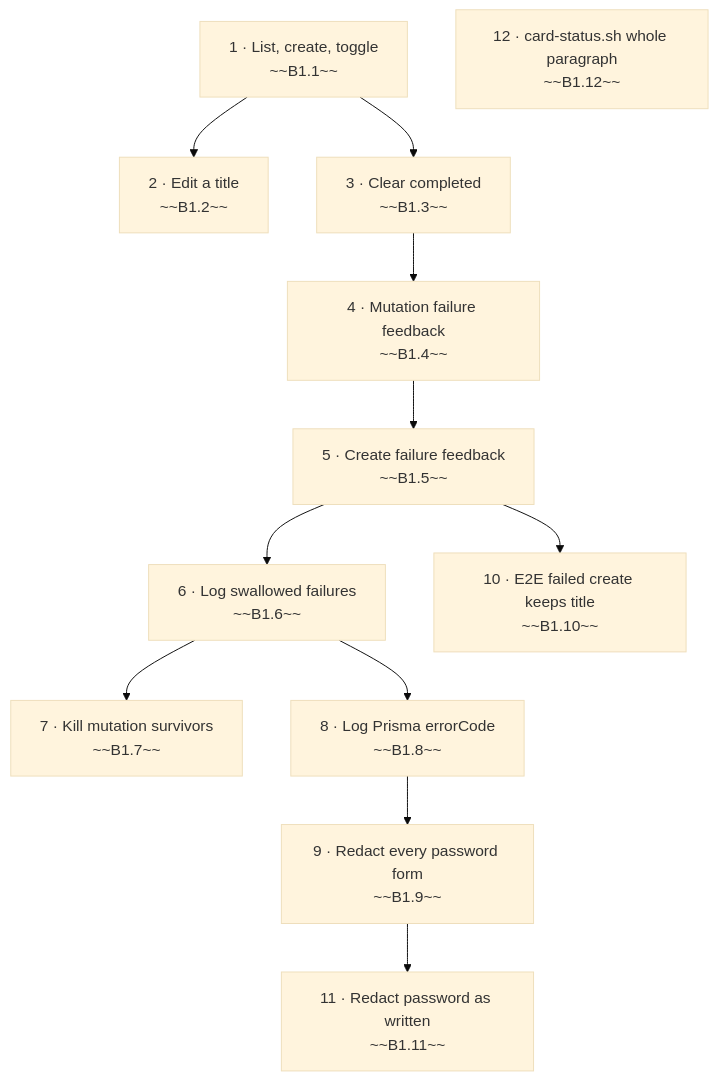
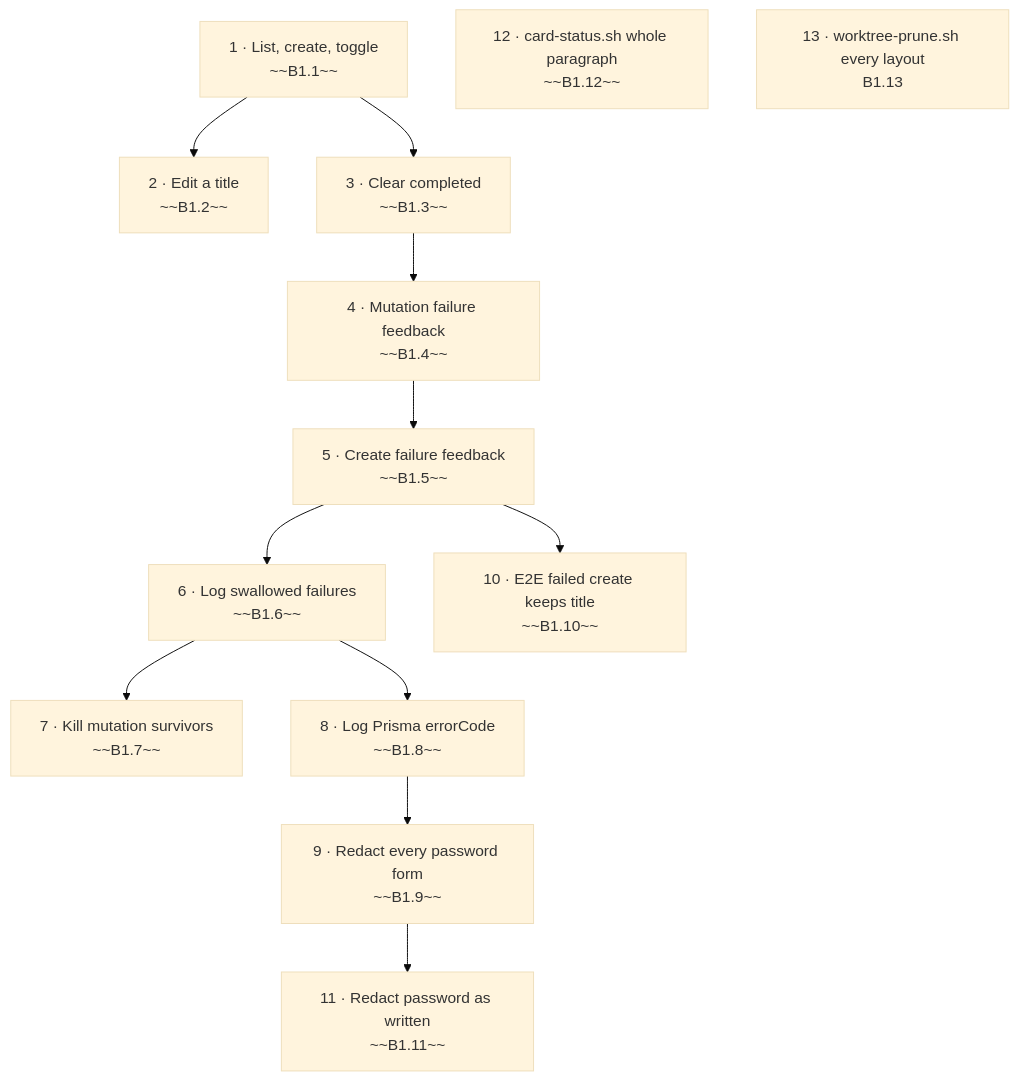
The diagram in backlog/README.md (st-minhho2/level-up-lab), drawn with Mermaid (base theme) before and after one commit. The commit also changed other lines of this file and 1 other file, not shown here.

First line of the commit message:
docs(backlog): card B1.13 worktree-prune.sh drops every worktree's schema

````diff
--- a/backlog/README.md
+++ b/backlog/README.md
@@ -15,25 +15,26 @@
 ```mermaid
 flowchart TD
   S1["1 · List, create, toggle<br/>~~B1.1~~"]
   S2["2 · Edit a title<br/>~~B1.2~~"]
   S3["3 · Clear completed<br/>~~B1.3~~"]
   S1 --> S2
   S4["4 · Mutation failure feedback<br/>~~B1.4~~"]
   S1 --> S3
   S3 --> S4
   S5["5 · Create failure feedback<br/>~~B1.5~~"]
   S4 --> S5
   S6["6 · Log swallowed failures<br/>~~B1.6~~"]
   S5 --> S6
   S7["7 · Kill mutation survivors<br/>~~B1.7~~"]
   S6 --> S7
   S8["8 · Log Prisma errorCode<br/>~~B1.8~~"]
   S6 --> S8
   S9["9 · Redact every password form<br/>~~B1.9~~"]
   S8 --> S9
   S10["10 · E2E failed create keeps title<br/>~~B1.10~~"]
   S5 --> S10
   S11["11 · Redact password as written<br/>~~B1.11~~"]
   S9 --> S11
   S12["12 · card-status.sh whole paragraph<br/>~~B1.12~~"]
+  S13["13 · worktree-prune.sh every layout<br/>B1.13"]
 ```
````
